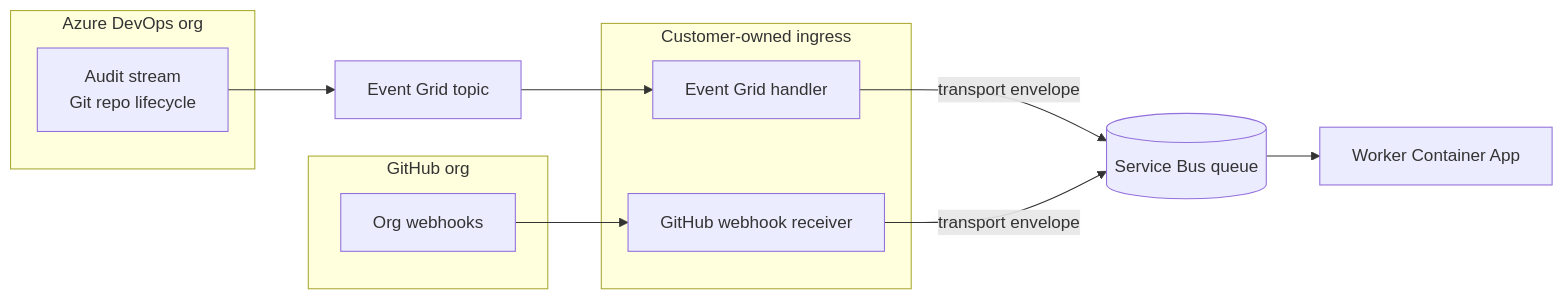
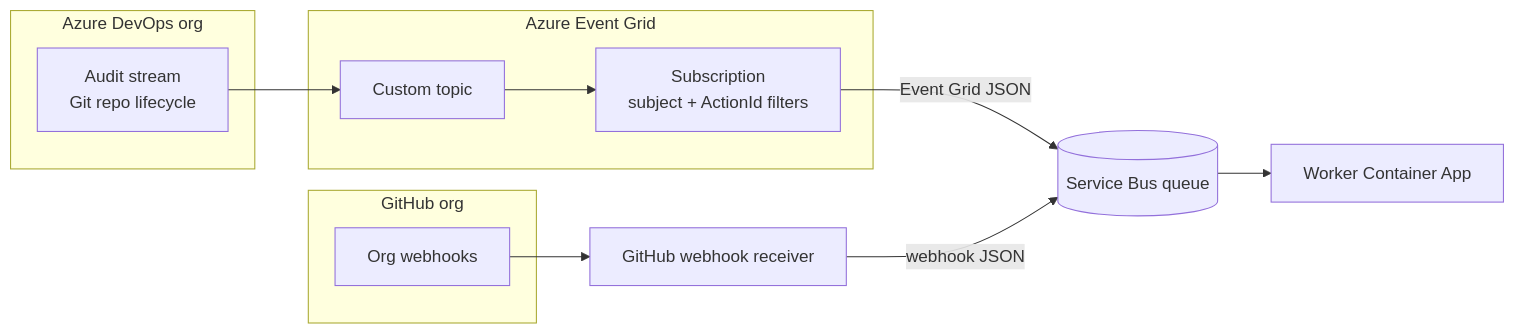
Before and after one commit to snyk-ps/snyk-repo-sync: the diagram in INGESTION.md, drawn with Mermaid. The commit also changed other lines of this file and 25 other files, not shown here.

````diff
--- a/INGESTION.md
+++ b/INGESTION.md
@@ -11,26 +11,26 @@
 ```mermaid
 flowchart LR
   subgraph ado [Azure DevOps org]
     AS[Audit stream<br/>Git repo lifecycle]
   end
 
+  subgraph ingress [Azure Event Grid]
+    EG[Custom topic]
+    SUB[Subscription<br/>subject + ActionId filters]
+  end
+
   subgraph gh [GitHub org]
     GHW[Org webhooks]
   end
 
-  subgraph ingress [Customer-owned ingress]
-    GWR[GitHub webhook receiver]
-    FN[Event Grid handler]
-  end
-
-  EG[Event Grid topic]
+  GWR[GitHub webhook receiver]
   SB[(Service Bus queue)]
   W[Worker Container App]
 
   AS --> EG
-  EG --> FN
+  EG --> SUB
+  SUB -->|Event Grid JSON| SB
   GHW --> GWR
-  FN -->|transport envelope| SB
-  GWR -->|transport envelope| SB
+  GWR -->|webhook JSON| SB
   SB --> W
 ```
````
